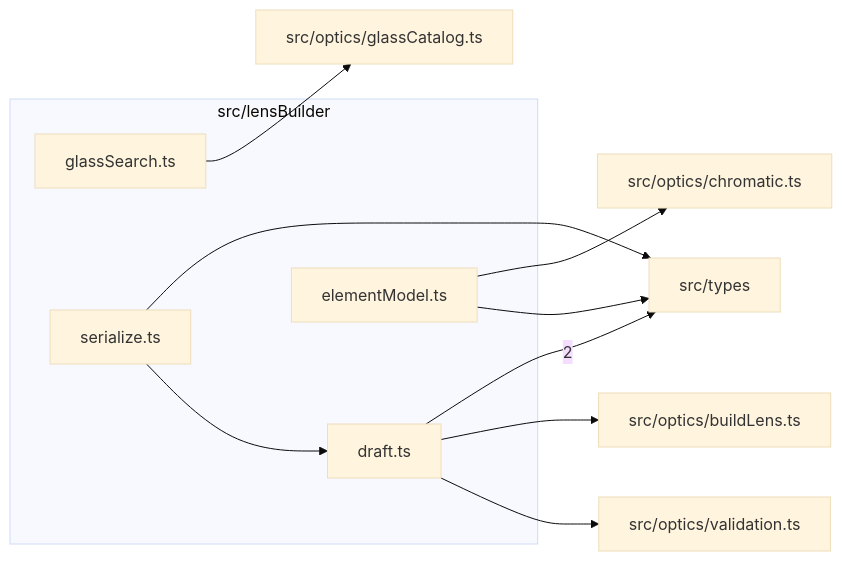
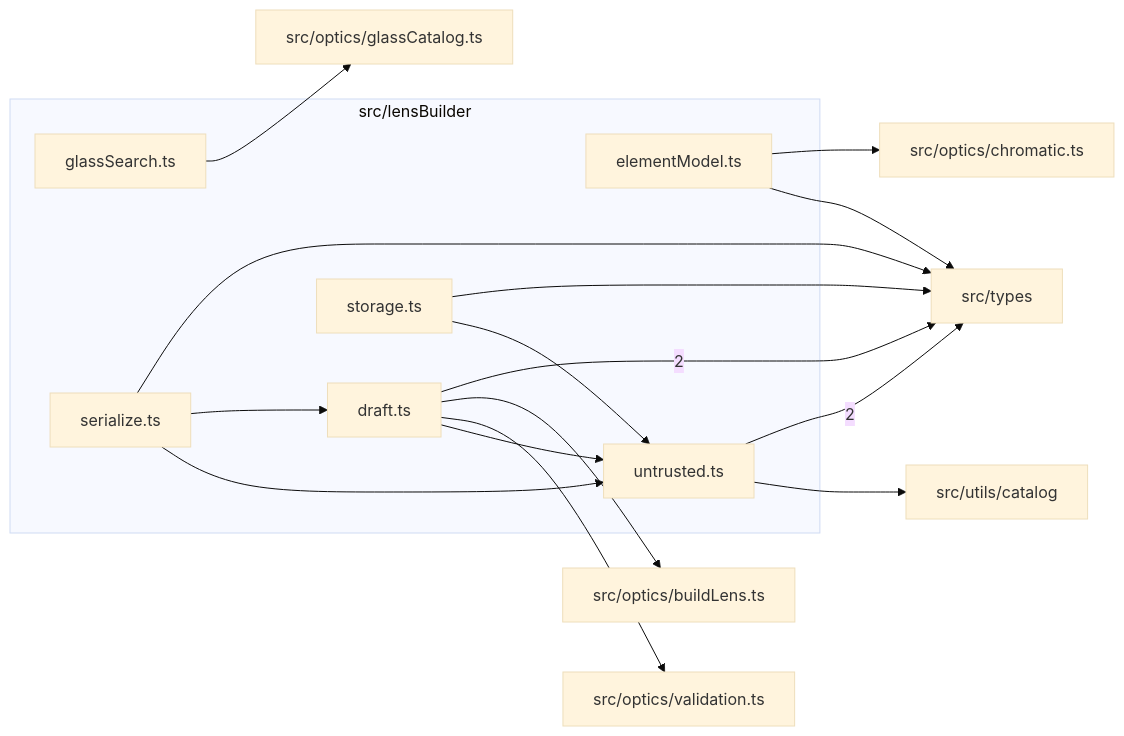
The diagram in src/lensBuilder/readme.md (ronbuening/LensVisualizer), drawn with Mermaid (base theme) before and after one commit. The commit also changed other lines of this file and 46 other files, not shown here.

````diff
--- a/src/lensBuilder/readme.md
+++ b/src/lensBuilder/readme.md
@@ -9,22 +9,31 @@
 ```mermaid
 flowchart LR
   subgraph n_src_lensBuilder["src/lensBuilder"]
     n_src_lensBuilder_src_lensBuilder_draft_ts["draft.ts"]
     n_src_lensBuilder_src_lensBuilder_elementModel_ts["elementModel.ts"]
     n_src_lensBuilder_src_lensBuilder_glassSearch_ts["glassSearch.ts"]
     n_src_lensBuilder_src_lensBuilder_serialize_ts["serialize.ts"]
+    n_src_lensBuilder_src_lensBuilder_storage_ts["storage.ts"]
+    n_src_lensBuilder_src_lensBuilder_untrusted_ts["untrusted.ts"]
   end
   n_external_src_types["src/types"]
   n_external_src_optics_buildLens_ts["src/optics/buildLens.ts"]
   n_external_src_optics_chromatic_ts["src/optics/chromatic.ts"]
   n_external_src_optics_glassCatalog_ts["src/optics/glassCatalog.ts"]
   n_external_src_optics_validation_ts["src/optics/validation.ts"]
+  n_external_src_utils_catalog["src/utils/catalog"]
   n_src_lensBuilder_src_lensBuilder_draft_ts --> |2| n_external_src_types
+  n_src_lensBuilder_src_lensBuilder_untrusted_ts --> |2| n_external_src_types
   n_src_lensBuilder_src_lensBuilder_draft_ts --> n_external_src_optics_buildLens_ts
   n_src_lensBuilder_src_lensBuilder_elementModel_ts --> n_external_src_optics_chromatic_ts
   n_src_lensBuilder_src_lensBuilder_glassSearch_ts --> n_external_src_optics_glassCatalog_ts
   n_src_lensBuilder_src_lensBuilder_draft_ts --> n_external_src_optics_validation_ts
   n_src_lensBuilder_src_lensBuilder_elementModel_ts --> n_external_src_types
   n_src_lensBuilder_src_lensBuilder_serialize_ts --> n_external_src_types
+  n_src_lensBuilder_src_lensBuilder_storage_ts --> n_external_src_types
+  n_src_lensBuilder_src_lensBuilder_untrusted_ts --> n_external_src_utils_catalog
   n_src_lensBuilder_src_lensBuilder_serialize_ts --> n_src_lensBuilder_src_lensBuilder_draft_ts
+  n_src_lensBuilder_src_lensBuilder_draft_ts --> n_src_lensBuilder_src_lensBuilder_untrusted_ts
+  n_src_lensBuilder_src_lensBuilder_serialize_ts --> n_src_lensBuilder_src_lensBuilder_untrusted_ts
+  n_src_lensBuilder_src_lensBuilder_storage_ts --> n_src_lensBuilder_src_lensBuilder_untrusted_ts
 ```
````
